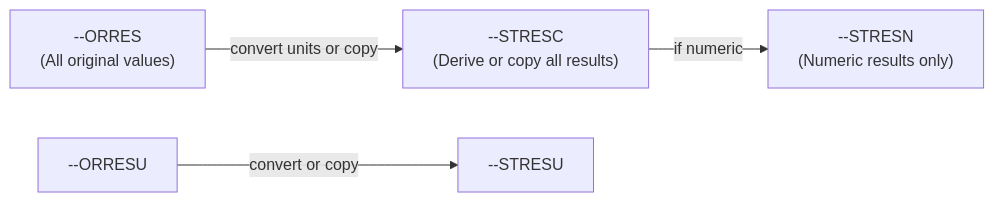
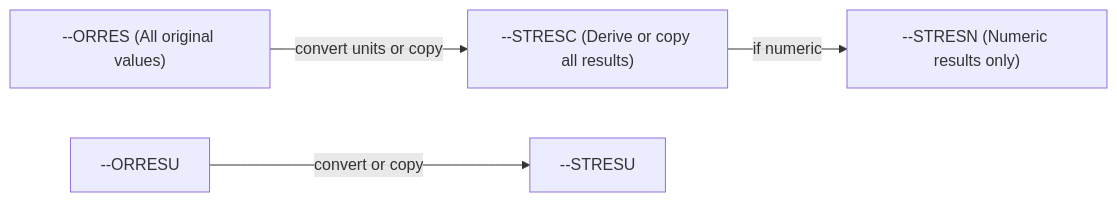
Before and after one commit to hakupao/sdtm-pedia: the fourth of 4 diagrams in knowledge_base/chapters/ch04_general_assumptions.md, drawn with Mermaid. The commit also changed other lines of this file and 72 other files, not shown here.

````diff
--- a/knowledge_base/chapters/ch04_general_assumptions.md
+++ b/knowledge_base/chapters/ch04_general_assumptions.md
@@ -402,6 +402,6 @@
 ```mermaid
 graph LR
-    ORRES["--ORRES\n(All original values)"] -->|"convert units or copy"| STRESC["--STRESC\n(Derive or copy all results)"]
-    STRESC -->|"if numeric"| STRESN["--STRESN\n(Numeric results only)"]
+    ORRES["--ORRES (All original values)"] -->|"convert units or copy"| STRESC["--STRESC (Derive or copy all results)"]
+    STRESC -->|"if numeric"| STRESN["--STRESN (Numeric results only)"]
     ORRESU["--ORRESU"] -->|"convert or copy"| STRESU["--STRESU"]
 ```
````
